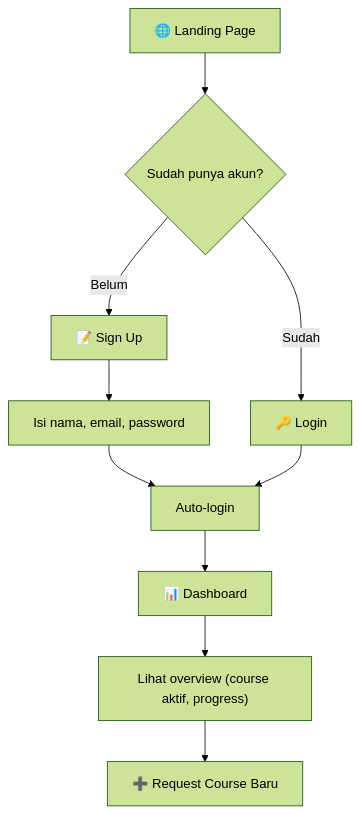
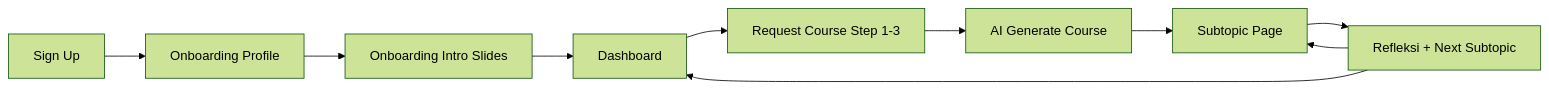
The first of 3 diagrams in docs/thesis/USER_JOURNEY.md (GlennAyden/PrincipleLearnV2), drawn with Mermaid (forest theme) before and after one commit. The commit also changed other lines of this file and 21 other files, not shown here.

````diff
--- a/docs/thesis/USER_JOURNEY.md
+++ b/docs/thesis/USER_JOURNEY.md
@@ -63,12 +48,12 @@
 ```mermaid
-flowchart TD
-    A["🌐 Landing Page"] --> B{"Sudah punya akun?"}
-    B -->|Belum| C["📝 Sign Up"]
-    B -->|Sudah| D["🔑 Login"]
-    C --> E["Isi nama, email, password"]
-    E --> F["Auto-login"]
-    D --> F
-    F --> G["📊 Dashboard"]
-    G --> H["Lihat overview (course aktif, progress)"]
-    H --> I["➕ Request Course Baru"]
+flowchart LR
+    A[Sign Up] --> B[Onboarding Profile]
+    B --> C[Onboarding Intro Slides]
+    C --> D[Dashboard]
+    D --> E[Request Course Step 1-3]
+    E --> F[AI Generate Course]
+    F --> G[Subtopic Page]
+    G --> H[Refleksi + Next Subtopic]
+    H --> G
+    H --> D
 ```
````
